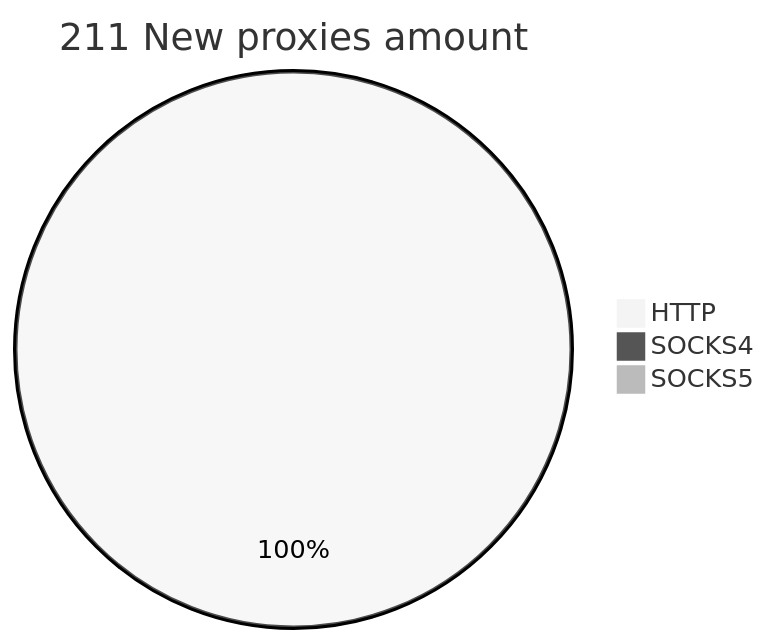
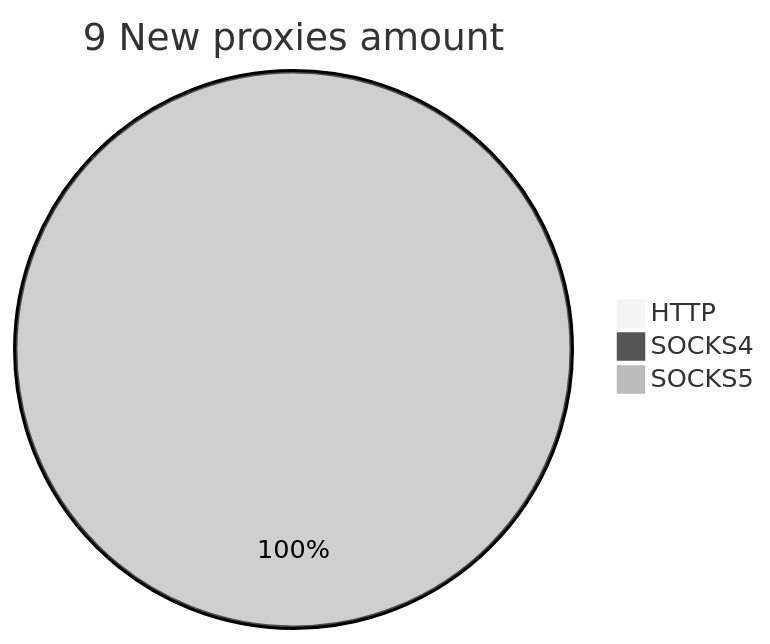
Before and after one commit to cutipu/proxylist: the second of 2 diagrams in README.md, drawn with Mermaid (neutral theme). The commit also changed other lines of this file, not shown here.

````diff
--- a/README.md
+++ b/README.md
@@ -10,6 +10,6 @@
 ```mermaid
-pie title 211 New proxies amount
-    "HTTP" : 211
+pie title 9 New proxies amount
+    "HTTP" : 0
     "SOCKS4" : 0
-    "SOCKS5" : 1
+    "SOCKS5" : 33
 ```
````
